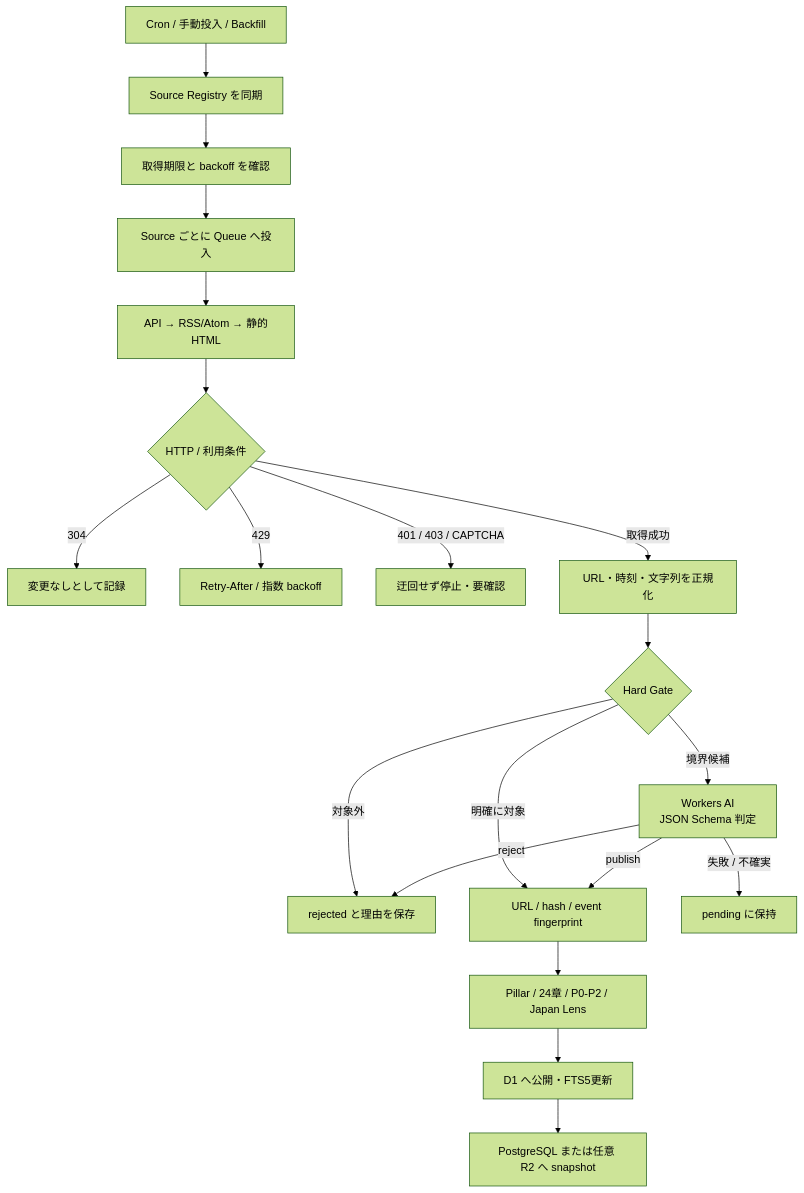
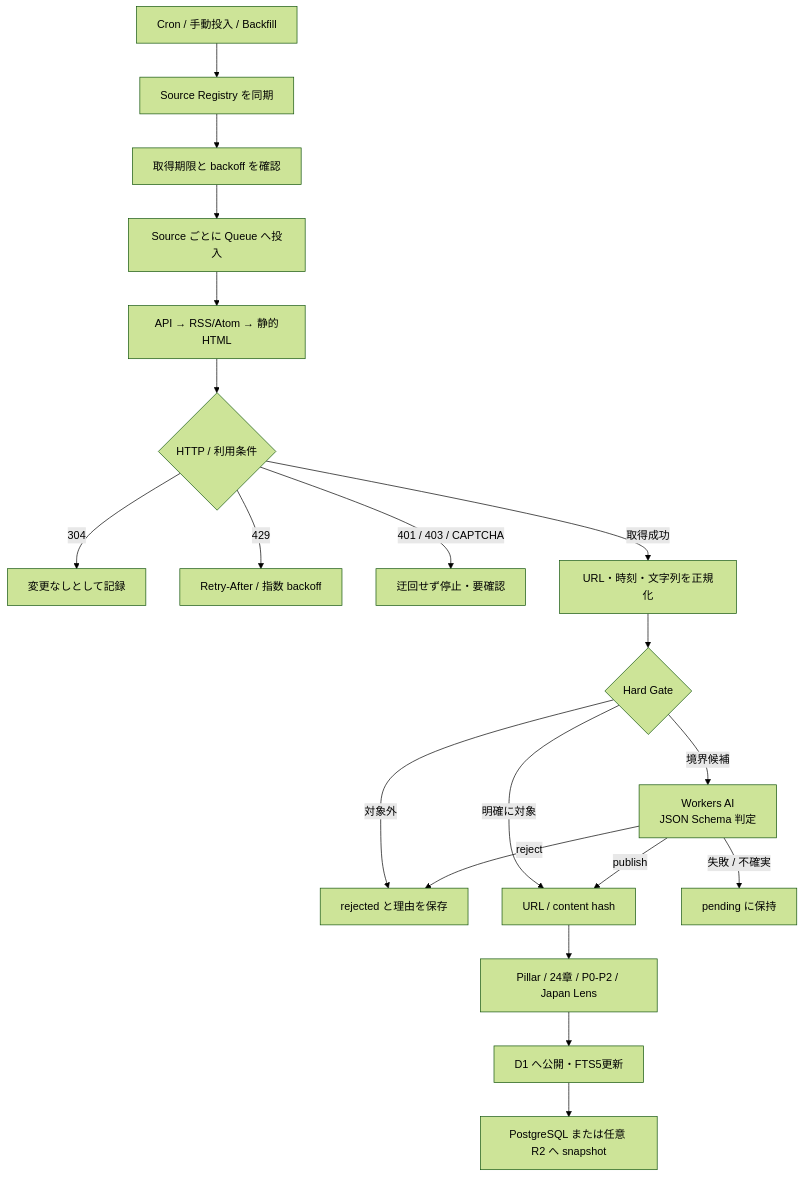
The third of 9 diagrams in README.md (kekincai/fde), drawn with Mermaid (forest theme) before and after one commit. The commit also changed other lines of this file and 8 other files, not shown here.

````diff
--- a/README.md
+++ b/README.md
@@ -115,22 +123,22 @@
 ```mermaid
 flowchart TD
     Trigger["Cron / 手動投入 / Backfill"] --> Registry["Source Registry を同期"]
     Registry --> Due["取得期限と backoff を確認"]
     Due --> Queue["Source ごとに Queue へ投入"]
     Queue --> Fetch["API → RSS/Atom → 静的HTML"]
     Fetch --> Policy{"HTTP / 利用条件"}
     Policy -->|"304"| NoChange["変更なしとして記録"]
     Policy -->|"429"| Backoff["Retry-After / 指数 backoff"]
     Policy -->|"401 / 403 / CAPTCHA"| Stop["迂回せず停止・要確認"]
     Policy -->|"取得成功"| Normalize["URL・時刻・文字列を正規化"]
     Normalize --> Gate{"Hard Gate"}
     Gate -->|"対象外"| Rejected["rejected と理由を保存"]
-    Gate -->|"明確に対象"| Dedupe["URL / hash / event fingerprint"]
+    Gate -->|"明確に対象"| Dedupe["URL / content hash"]
     Gate -->|"境界候補"| Semantic["Workers AI<br/>JSON Schema 判定"]
     Semantic -->|"失敗 / 不確実"| Pending["pending に保持"]
     Semantic -->|"reject"| Rejected
     Semantic -->|"publish"| Dedupe
     Dedupe --> Classify["Pillar / 24章 / P0-P2 / Japan Lens"]
     Classify --> Publish["D1 へ公開・FTS5更新"]
     Publish --> Archive["PostgreSQL または任意 R2 へ snapshot"]
 ```
````
